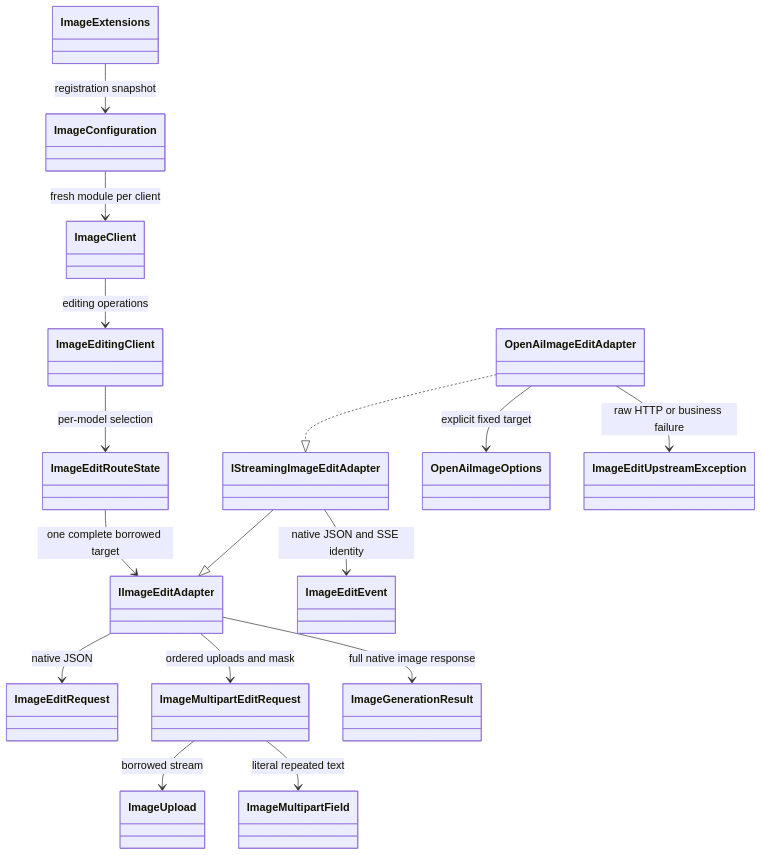
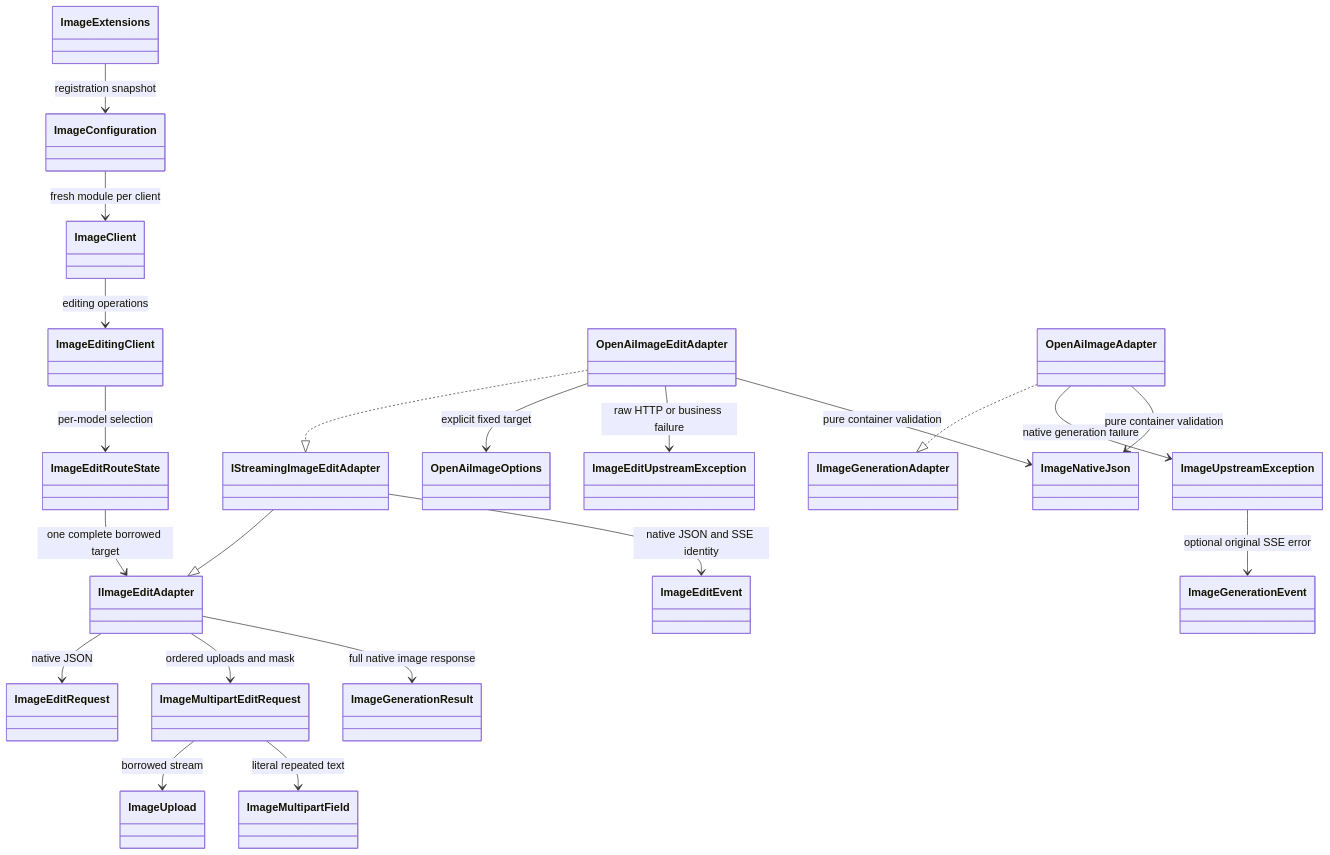
Diagram 17 of 26 in docs/architecture.md (BenLampson/Asgard.Loki), drawn with Mermaid before and after one commit. The commit also changed other lines of this file and 30 other files, not shown here.

Commit message:
fix(image): validate generation completion through transport disposal

````diff
--- a/docs/architecture.md
+++ b/docs/architecture.md
@@ -570,18 +570,23 @@
 ```mermaid
 classDiagram
 ImageExtensions --> ImageConfiguration : registration snapshot
 ImageConfiguration --> ImageClient : fresh module per client
 ImageClient --> ImageEditingClient : editing operations
 ImageEditingClient --> ImageEditRouteState : per-model selection
 ImageEditRouteState --> IImageEditAdapter : one complete borrowed target
 IStreamingImageEditAdapter --|> IImageEditAdapter
 IImageEditAdapter --> ImageEditRequest : native JSON
 IImageEditAdapter --> ImageMultipartEditRequest : ordered uploads and mask
 ImageMultipartEditRequest --> ImageUpload : borrowed stream
 ImageMultipartEditRequest --> ImageMultipartField : literal repeated text
 IImageEditAdapter --> ImageGenerationResult : full native image response
 IStreamingImageEditAdapter --> ImageEditEvent : native JSON and SSE identity
 OpenAiImageEditAdapter ..|> IStreamingImageEditAdapter
 OpenAiImageEditAdapter --> OpenAiImageOptions : explicit fixed target
 OpenAiImageEditAdapter --> ImageEditUpstreamException : raw HTTP or business failure
+OpenAiImageAdapter ..|> IImageGenerationAdapter
+OpenAiImageAdapter --> ImageUpstreamException : native generation failure
+ImageUpstreamException --> ImageGenerationEvent : optional original SSE error
+OpenAiImageAdapter --> ImageNativeJson : pure container validation
+OpenAiImageEditAdapter --> ImageNativeJson : pure container validation
 ```
````
